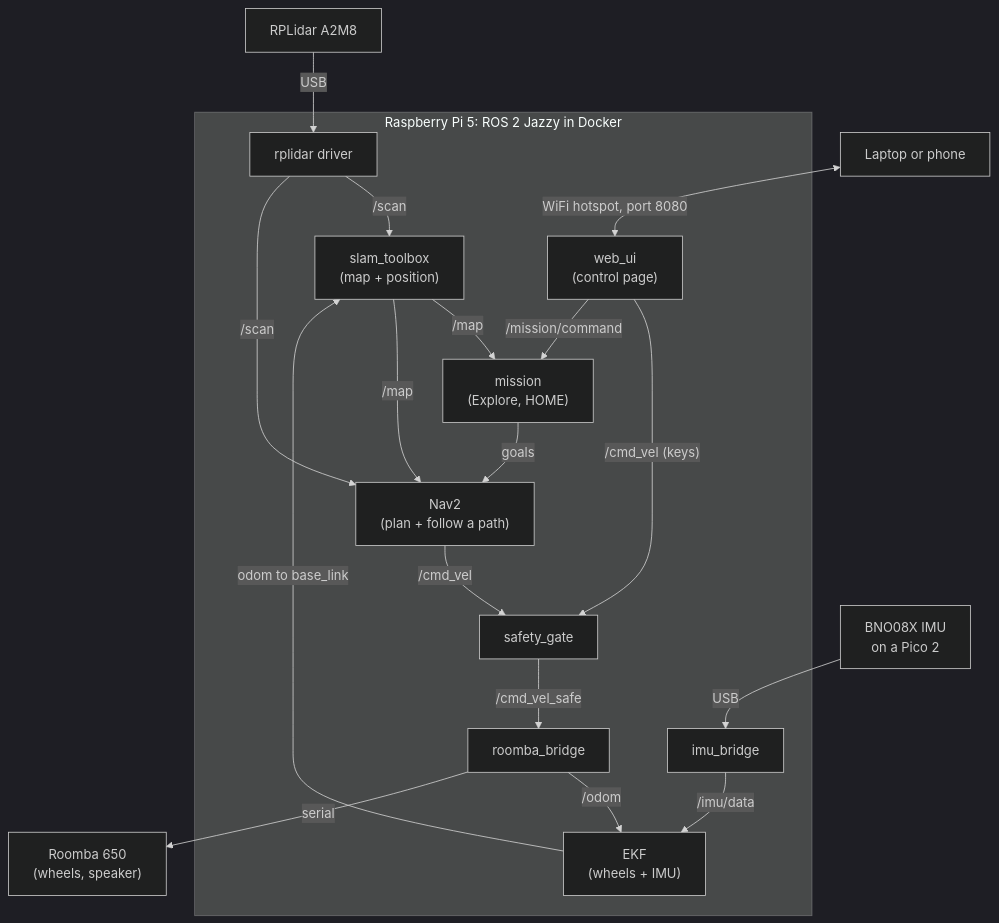
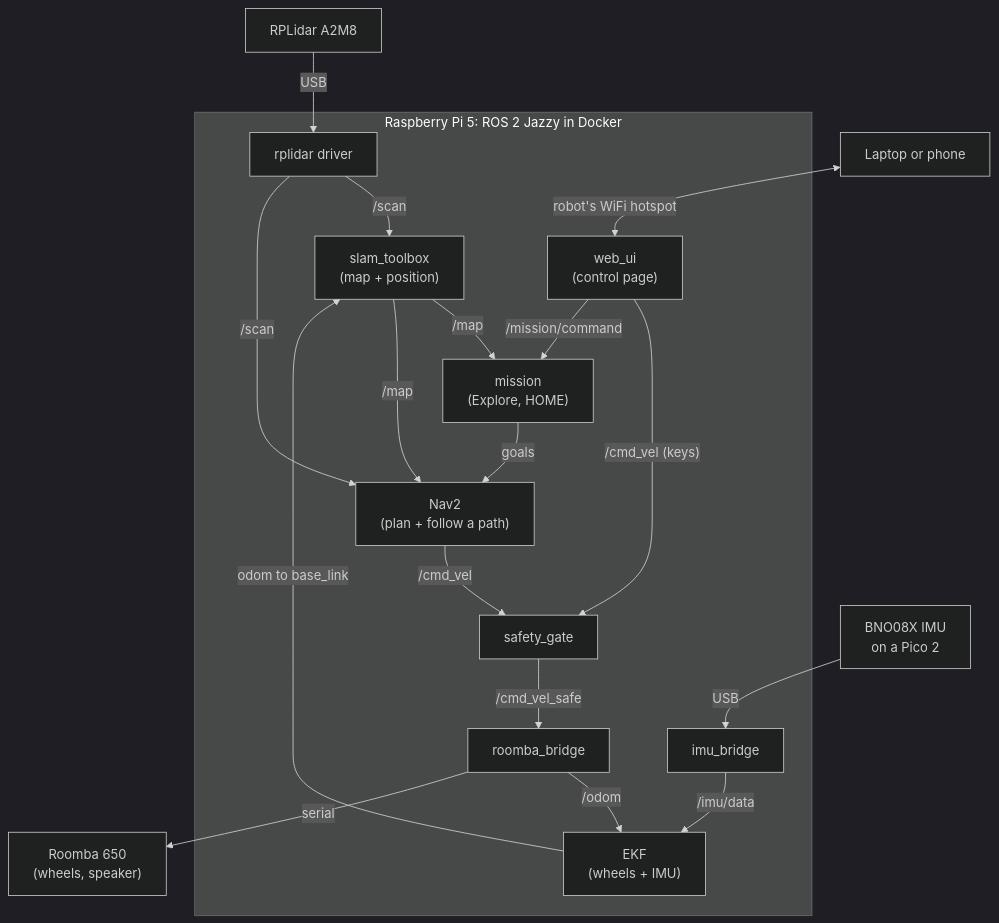
Before and after one commit to SJSU-CMPE-195/group-project-group-37-project-l-u-c-i-a: the diagram in README.md, drawn with Mermaid (dark theme). The commit also changed other lines of this file and 7 other files, not shown here.

````diff
--- a/README.md
+++ b/README.md
@@ -48,32 +48,32 @@
 ```mermaid
 flowchart TB
   subgraph pi["Raspberry Pi 5: ROS 2 Jazzy in Docker"]
     rplidar["rplidar driver"]
     imu_bridge["imu_bridge"]
     roomba_bridge["roomba_bridge"]
     ekf["EKF<br/>(wheels + IMU)"]
     slam["slam_toolbox<br/>(map + position)"]
     mission["mission<br/>(Explore, HOME)"]
     nav2["Nav2<br/>(plan + follow a path)"]
     gate["safety_gate"]
     web_ui["web_ui<br/>(control page)"]
 
     rplidar -->|"/scan"| slam
     rplidar -->|"/scan"| nav2
     imu_bridge -->|"/imu/data"| ekf
     roomba_bridge -->|"/odom"| ekf
     ekf -->|"odom to base_link"| slam
     slam -->|"/map"| mission
     slam -->|"/map"| nav2
     mission -->|"goals"| nav2
     nav2 -->|"/cmd_vel"| gate
     web_ui -->|"/cmd_vel (keys)"| gate
     web_ui -->|"/mission/command"| mission
     gate -->|"/cmd_vel_safe"| roomba_bridge
   end
 
   lidar["RPLidar A2M8"] -->|USB| rplidar
   imu["BNO08X IMU<br/>on a Pico 2"] -->|USB| imu_bridge
   roomba_bridge -->|serial| roomba["Roomba 650<br/>(wheels, speaker)"]
-  browser["Laptop or phone"] <-->|"WiFi hotspot, port 8080"| web_ui
+  browser["Laptop or phone"] <-->|"robot's WiFi hotspot"| web_ui
 ```
````
